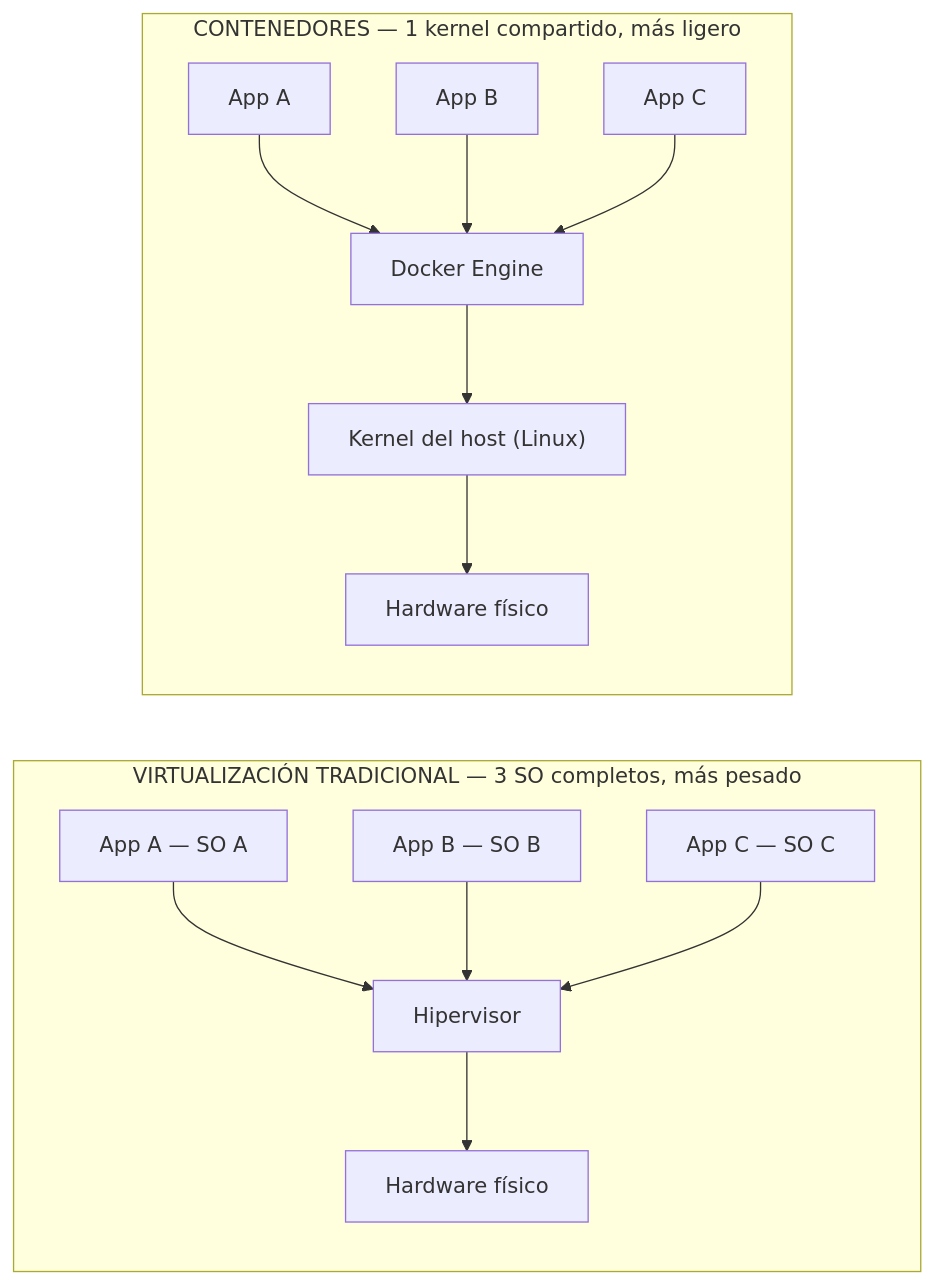
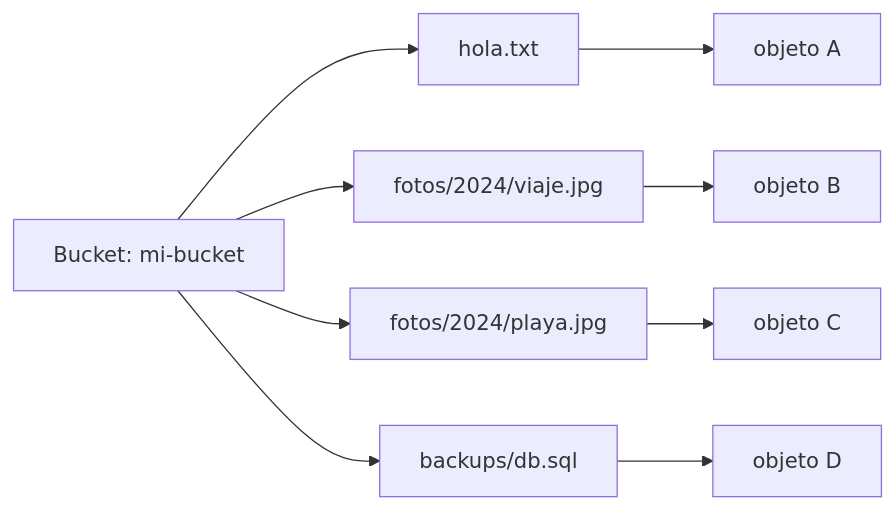
Before and after one commit to NICORUIZ93/The_Imperial_Book: the first of 12 diagrams in web/public/content/cloud/modulo-1.md, drawn with Mermaid. The commit also changed other lines of this file and 305 other files, not shown here.

````diff
--- a/web/public/content/cloud/modulo-1.md
+++ b/web/public/content/cloud/modulo-1.md
@@ -16,29 +16,8 @@
 ```mermaid
 flowchart LR
-    subgraph VM["VIRTUALIZACIÓN TRADICIONAL — 3 SO completos, más pesado"]
-        direction TB
-        VA["App A — SO A"]
-        VB["App B — SO B"]
-        VC["App C — SO C"]
-        VH["Hipervisor"]
-        VHW["Hardware físico"]
-        VA --> VH
-        VB --> VH
-        VC --> VH
-        VH --> VHW
-    end
-    subgraph CT["CONTENEDORES — 1 kernel compartido, más ligero"]
-        direction TB
-        CA["App A"]
-        CB["App B"]
-        CC["App C"]
-        CE["Docker Engine"]
-        CK["Kernel del host (Linux)"]
-        CHW["Hardware físico"]
-        CA --> CE
-        CB --> CE
-        CC --> CE
-        CE --> CK
-        CK --> CHW
-    end
+    B["Bucket: mi-bucket"]
+    B --> K1["hola.txt"] --> O1["objeto A"]
+    B --> K2["fotos/2024/viaje.jpg"] --> O2["objeto B"]
+    B --> K3["fotos/2024/playa.jpg"] --> O3["objeto C"]
+    B --> K4["backups/db.sql"] --> O4["objeto D"]
 ```
````
